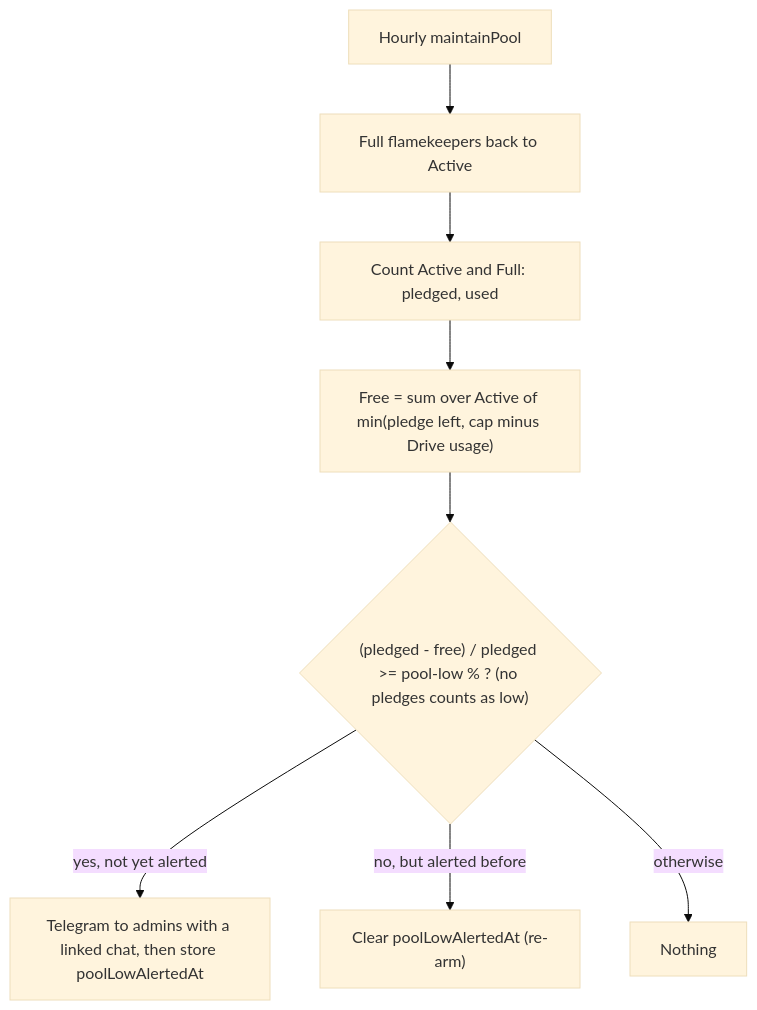
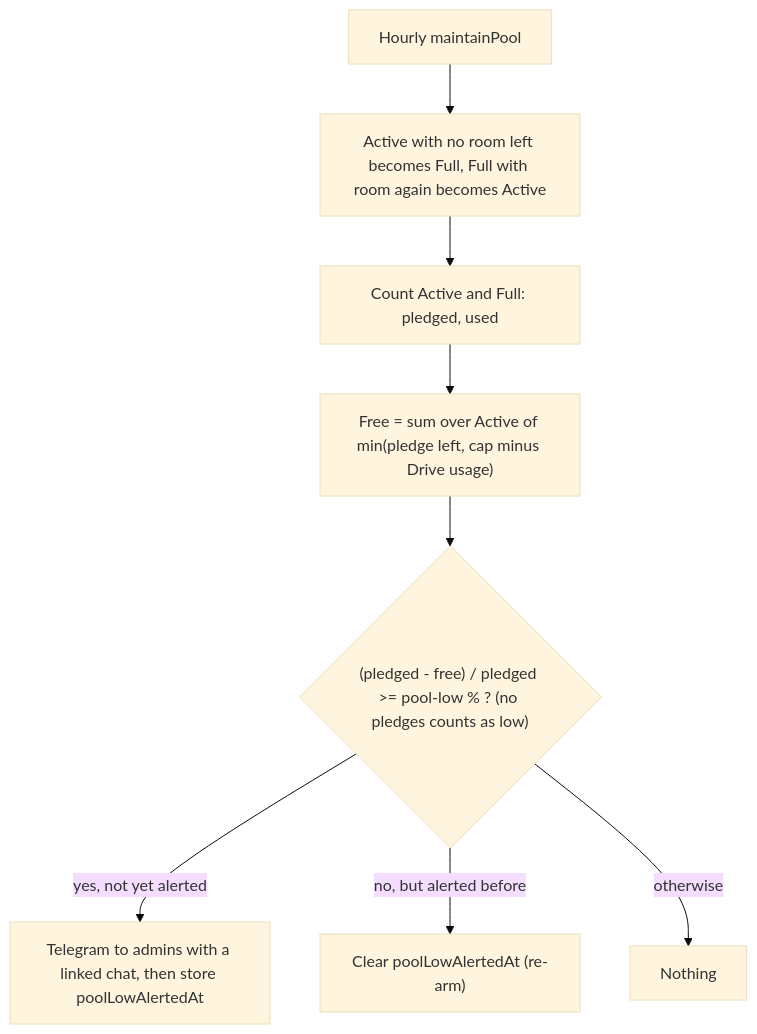
The diagram in docs/scenarios/admin/flamekeepers/pool.md (sagyzdop/meriksirat), drawn with Mermaid (base theme) before and after one commit. The commit also changed other lines of this file and 51 other files, not shown here.

````diff
--- a/docs/scenarios/admin/flamekeepers/pool.md
+++ b/docs/scenarios/admin/flamekeepers/pool.md
@@ -7,10 +7,10 @@
 ```mermaid
 flowchart TD
-    H["Hourly maintainPool"] --> R["Full flamekeepers back to Active"]
+    H["Hourly maintainPool"] --> R["Active with no room left becomes Full, Full with room again becomes Active"]
     R --> S["Count Active and Full: pledged, used"]
     S --> F["Free = sum over Active of min(pledge left, cap minus Drive usage)"]
     F --> L{"(pledged - free) / pledged >= pool-low % ? (no pledges counts as low)"}
     L -- "yes, not yet alerted" --> T["Telegram to admins with a linked chat, then store poolLowAlertedAt"]
     L -- "no, but alerted before" --> RE["Clear poolLowAlertedAt (re-arm)"]
     L -- otherwise --> N["Nothing"]
 ```
````
